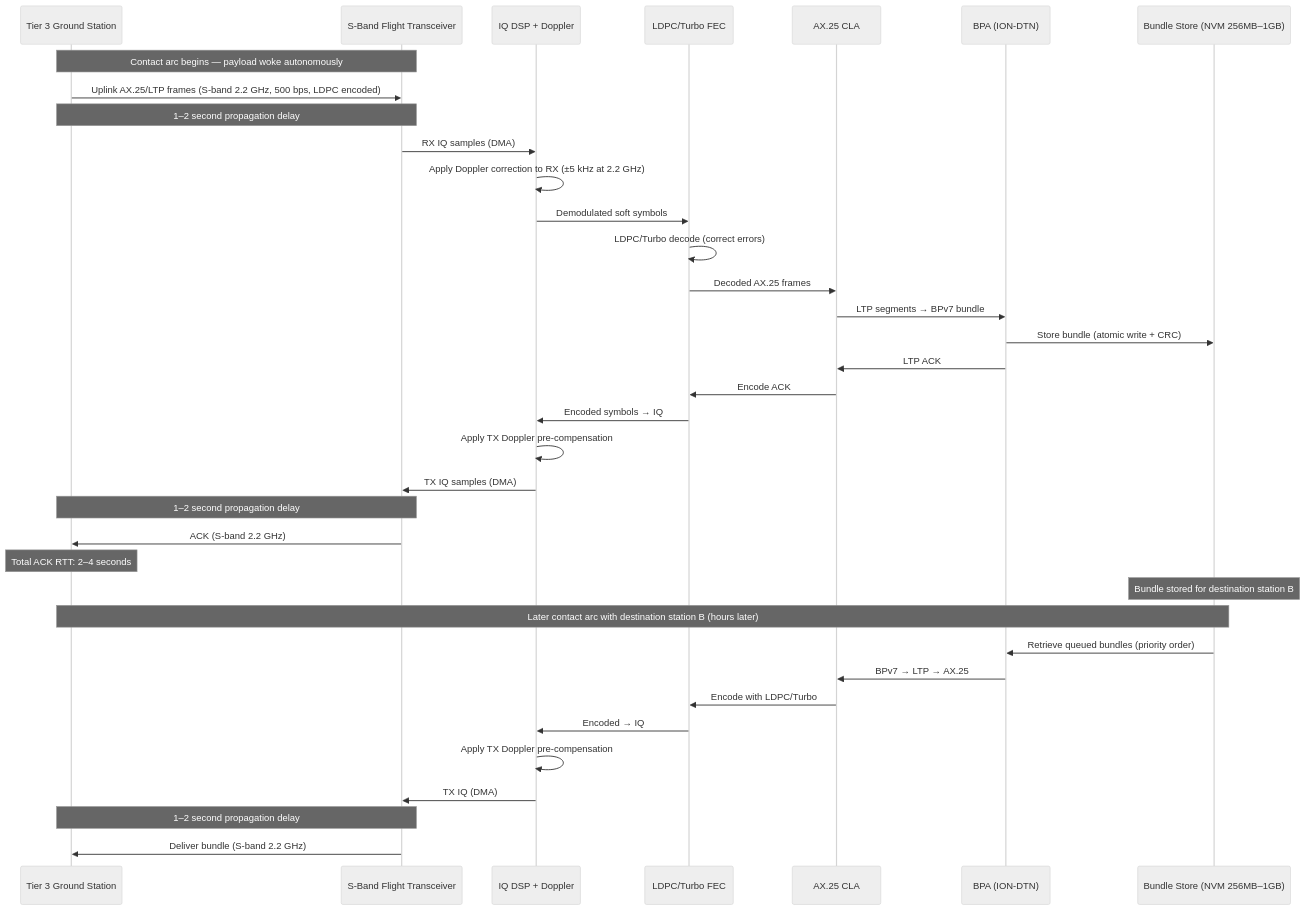
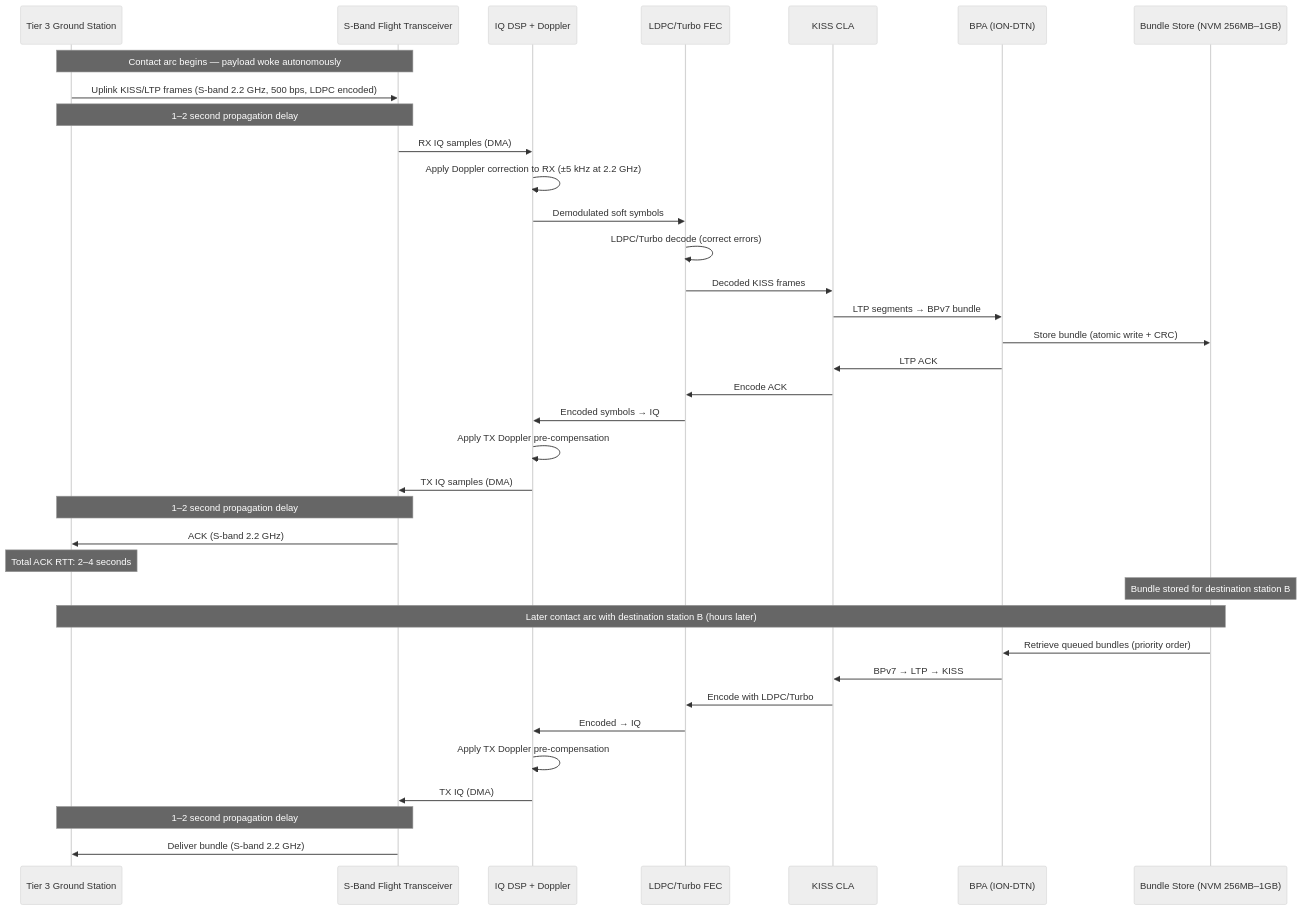
Before and after one commit to g4dpz/cislunar_proposal: the third of 7 diagrams in docs/cislunar-phase4/design.md, drawn with Mermaid (neutral theme). The commit also changed other lines of this file and 17 other files, not shown here.

Commit message:
Replace AX.25 with LTP-over-KISS and dtn:// EIDs across all specs, add cislunar redirect conf

````diff
--- a/docs/cislunar-phase4/design.md
+++ b/docs/cislunar-phase4/design.md
@@ -130,41 +130,41 @@
 ```mermaid
 sequenceDiagram
     participant T3 as Tier 3 Ground Station
     participant XCVR as S-Band Flight Transceiver
     participant DSP as IQ DSP + Doppler
     participant FEC as LDPC/Turbo FEC
-    participant CLA as AX.25 CLA
+    participant CLA as KISS CLA
     participant BPA as BPA (ION-DTN)
     participant BS as Bundle Store (NVM 256MB–1GB)
 
     Note over T3,XCVR: Contact arc begins — payload woke autonomously
-    T3->>XCVR: Uplink AX.25/LTP frames (S-band 2.2 GHz, 500 bps, LDPC encoded)
+    T3->>XCVR: Uplink KISS/LTP frames (S-band 2.2 GHz, 500 bps, LDPC encoded)
     Note over T3,XCVR: 1–2 second propagation delay
     XCVR->>DSP: RX IQ samples (DMA)
     DSP->>DSP: Apply Doppler correction to RX (±5 kHz at 2.2 GHz)
     DSP->>FEC: Demodulated soft symbols
     FEC->>FEC: LDPC/Turbo decode (correct errors)
-    FEC->>CLA: Decoded AX.25 frames
+    FEC->>CLA: Decoded KISS frames
     CLA->>BPA: LTP segments → BPv7 bundle
     BPA->>BS: Store bundle (atomic write + CRC)
     BPA->>CLA: LTP ACK
     CLA->>FEC: Encode ACK
     FEC->>DSP: Encoded symbols → IQ
     DSP->>DSP: Apply TX Doppler pre-compensation
     DSP->>XCVR: TX IQ samples (DMA)
     Note over XCVR,T3: 1–2 second propagation delay
     XCVR->>T3: ACK (S-band 2.2 GHz)
     Note over T3: Total ACK RTT: 2–4 seconds
 
     Note over BS: Bundle stored for destination station B
 
     Note over BS,T3: Later contact arc with destination station B (hours later)
     BS->>BPA: Retrieve queued bundles (priority order)
-    BPA->>CLA: BPv7 → LTP → AX.25
+    BPA->>CLA: BPv7 → LTP → KISS
     CLA->>FEC: Encode with LDPC/Turbo
     FEC->>DSP: Encoded → IQ
     DSP->>DSP: Apply TX Doppler pre-compensation
     DSP->>XCVR: TX IQ (DMA)
     Note over XCVR,T3: 1–2 second propagation delay
     XCVR->>T3: Deliver bundle (S-band 2.2 GHz)
 ```
````
